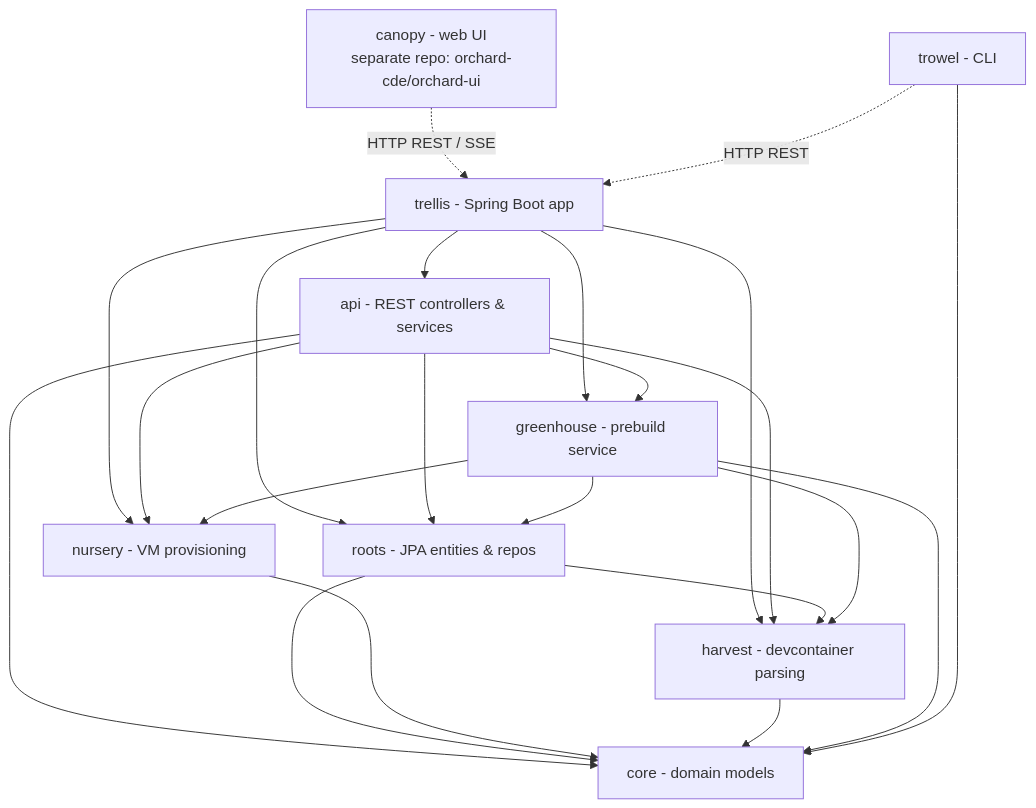
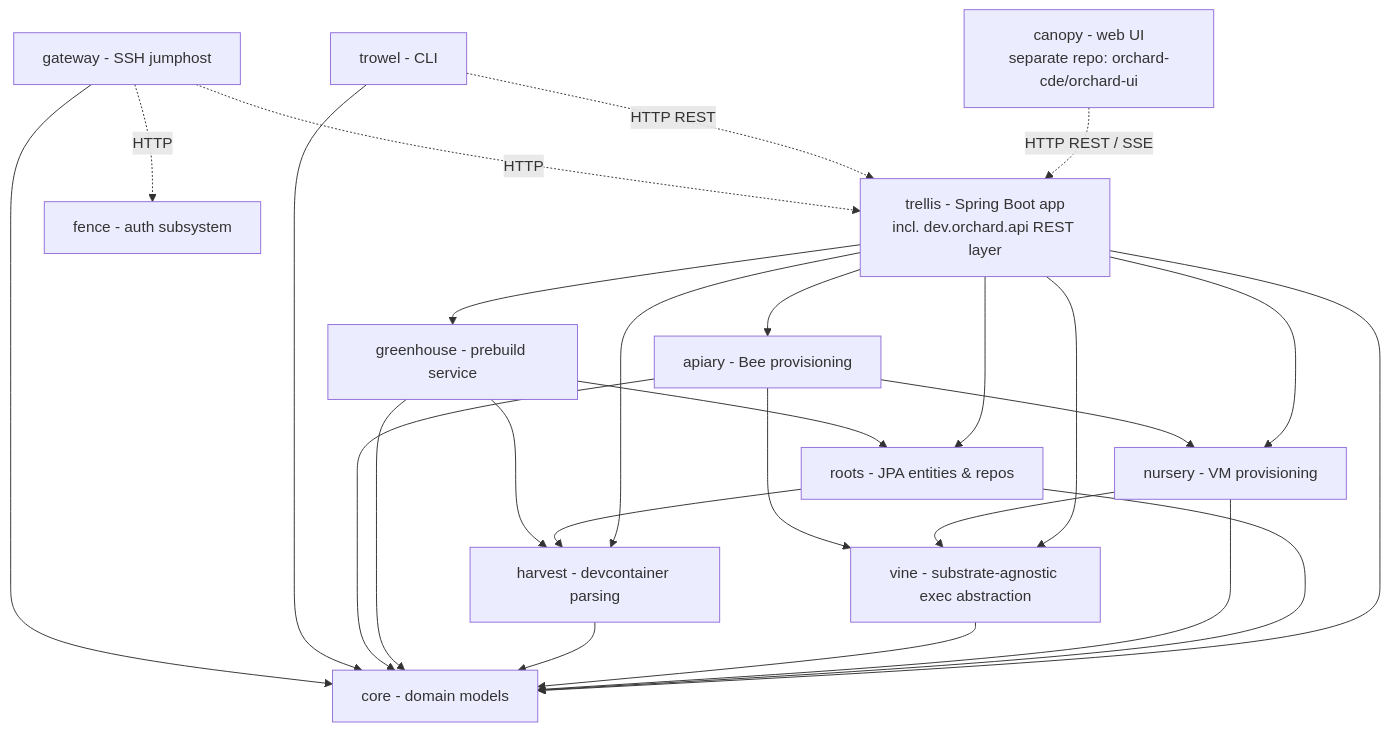
The first of 9 diagrams in docs/architecture/platform-architecture.md (orchard-cde/orchard), drawn with Mermaid before and after one commit. The commit also changed other lines of this file and 60 other files, not shown here.

First line of the commit message:
refactor: extract :vine exec seam and GroveProvider (#86 stage 1) (#224)

````diff
--- a/docs/architecture/platform-architecture.md
+++ b/docs/architecture/platform-architecture.md
@@ -9,38 +9,44 @@
 ```mermaid
 graph TD
-    trellis[trellis - Spring Boot app]
-    api[api - REST controllers & services]
+    trellis[trellis - Spring Boot app<br/>incl. dev.orchard.api REST layer]
     roots[roots - JPA entities & repos]
     nursery[nursery - VM provisioning]
+    vine[vine - substrate-agnostic exec abstraction]
     harvest[harvest - devcontainer parsing]
     greenhouse[greenhouse - prebuild service]
+    apiary[apiary - Bee provisioning]
     core[core - domain models]
     trowel[trowel - CLI]
+    fence[fence - auth subsystem]
+    gateway[gateway - SSH jumphost]
     canopy[canopy - web UI<br/>separate repo: orchard-cde/orchard-ui]
 
-    trellis --> api
+    trellis --> core
     trellis --> roots
     trellis --> nursery
+    trellis --> vine
     trellis --> harvest
     trellis --> greenhouse
-
-    api --> core
-    api --> roots
-    api --> harvest
-    api --> nursery
-    api --> greenhouse
+    trellis --> apiary
 
     roots --> core
     roots --> harvest
     nursery --> core
+    nursery --> vine
+    vine --> core
     harvest --> core
     greenhouse --> core
     greenhouse --> roots
     greenhouse --> harvest
-    greenhouse --> nursery
+    apiary --> core
+    apiary --> nursery
+    apiary --> vine
 
     trowel --> core
+    gateway --> core
 
     canopy -. "HTTP REST / SSE" .-> trellis
     trowel -. "HTTP REST" .-> trellis
+    gateway -. "HTTP" .-> trellis
+    gateway -. "HTTP" .-> fence
 ```
````
